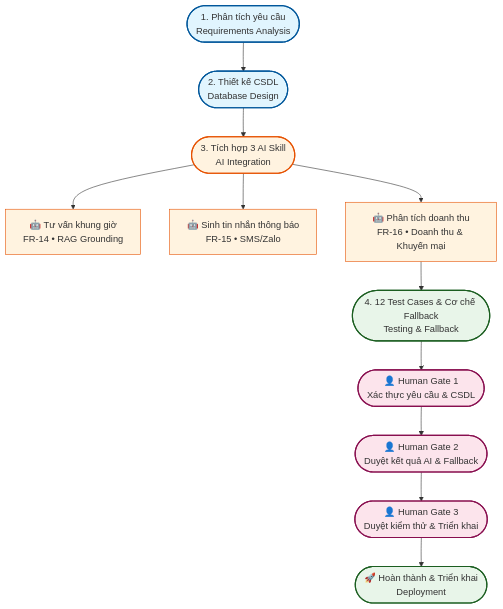
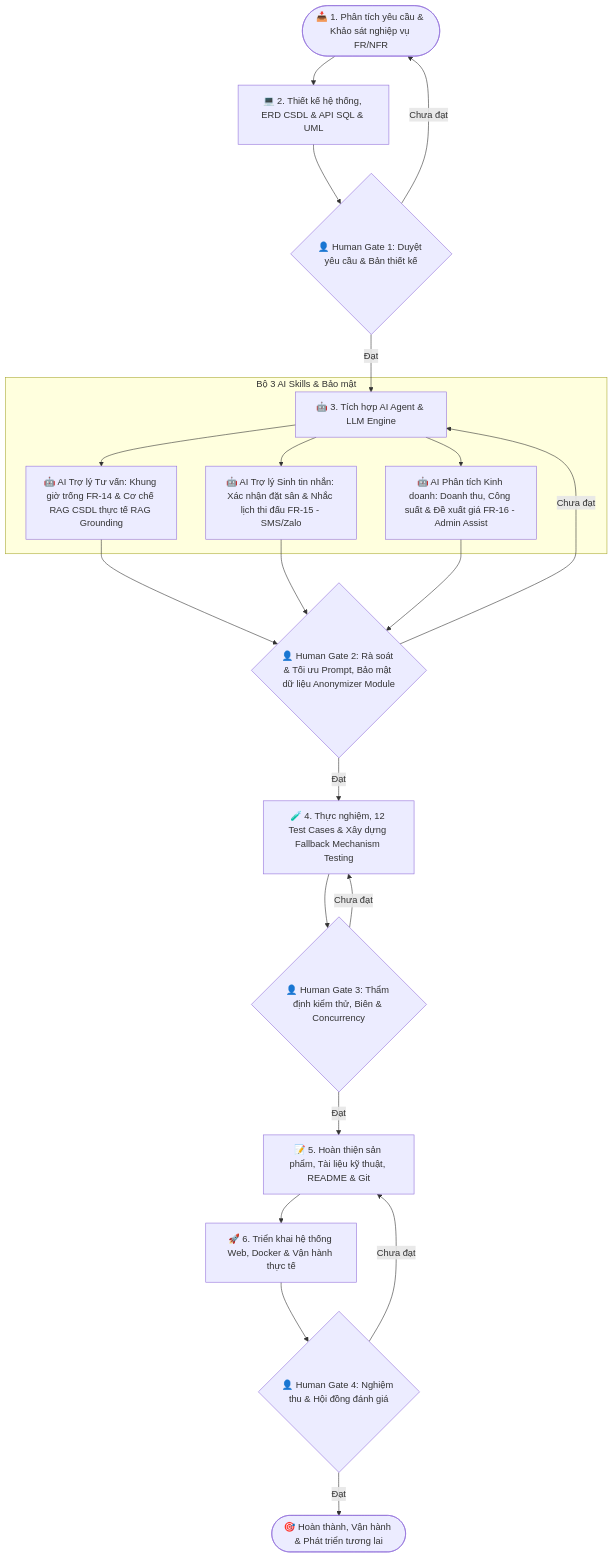
Before and after one commit to dtc245220014-design/Sports_Facility_Management: the diagram in README.md, drawn with Mermaid. The commit also changed other lines of this file, not shown here.

Commit message:
docs: Expand AI SDLC workflow Mermaid diagram with multiple Human Gates

````diff
--- a/README.md
+++ b/README.md
@@ -97,25 +95,32 @@
 ```mermaid
 flowchart TD
-    A([1. Phân tích yêu cầu<br/>Requirements Analysis]) --> B([2. Thiết kế CSDL<br/>Database Design])
-    B --> C([3. Tích hợp 3 AI Skill<br/>AI Integration])
-    C --> C1[🤖 Tư vấn khung giờ<br/>FR-14 • RAG Grounding]
-    C --> C2[🤖 Sinh tin nhắn thông báo<br/>FR-15 • SMS/Zalo]
-    C --> C3[🤖 Phân tích doanh thu<br/>FR-16 • Doanh thu & Khuyến mại]
-    C3 --> D([4. 12 Test Cases & Cơ chế Fallback<br/>Testing & Fallback])
-    D --> E([👤 Human Gate 1<br/>Xác thực yêu cầu & CSDL])
-    E --> F([👤 Human Gate 2<br/>Duyệt kết quả AI & Fallback])
-    F --> G([👤 Human Gate 3<br/>Duyệt kiểm thử & Triển khai])
-    G --> H([🚀 Hoàn thành & Triển khai<br/>Deployment])
+    A([📥 1. Phân tích yêu cầu & Khảo sát nghiệp vụ FR/NFR]) --> B[💻 2. Thiết kế hệ thống, ERD CSDL & API SQL & UML]
+    
+    B --> HG1{👤 Human Gate 1: Duyệt yêu cầu & Bản thiết kế}
+    
+    HG1 -- Đạt --> C[🤖 3. Tích hợp AI Agent & LLM Engine]
+    HG1 -- Chưa đạt --> A
+    
+    subgraph AI_Skills [Bộ 3 AI Skills & Bảo mật]
+        C --> D1[🤖 AI Trợ lý Tư vấn: Khung giờ trống FR-14 & Cơ chế RAG CSDL thực tế RAG Grounding]
+        C --> D2[🤖 AI Trợ lý Sinh tin nhắn: Xác nhận đặt sân & Nhắc lịch thi đấu FR-15 - SMS/Zalo]
+        C --> D3[🤖 AI Phân tích Kinh doanh: Doanh thu, Công suất & Đề xuất giá FR-16 - Admin Assist]
+    end
 
-    style A fill:#e1f5fe,stroke:#01579b,stroke-width:2px
-    style B fill:#e1f5fe,stroke:#01579b,stroke-width:2px
-    style C fill:#fff3e0,stroke:#e65100,stroke-width:2px
-    style C1 fill:#fff3e0,stroke:#e65100,stroke-width:1px
-    style C2 fill:#fff3e0,stroke:#e65100,stroke-width:1px
-    style C3 fill:#fff3e0,stroke:#e65100,stroke-width:1px
-    style D fill:#e8f5e9,stroke:#1b5e20,stroke-width:2px
-    style E fill:#fce4ec,stroke:#880e4f,stroke-width:2px
-    style F fill:#fce4ec,stroke:#880e4f,stroke-width:2px
-    style G fill:#fce4ec,stroke:#880e4f,stroke-width:2px
-    style H fill:#e8f5e9,stroke:#1b5e20,stroke-width:2px
+    D1 & D2 & D3 --> HG2{👤 Human Gate 2: Rà soát & Tối ưu Prompt, Bảo mật dữ liệu Anonymizer Module}
+    
+    HG2 -- Đạt --> E[🧪 4. Thực nghiệm, 12 Test Cases & Xây dựng Fallback Mechanism Testing]
+    HG2 -- Chưa đạt --> C
+    
+    E --> HG3{👤 Human Gate 3: Thẩm định kiểm thử, Biên & Concurrency}
+    
+    HG3 -- Đạt --> F[📝 5. Hoàn thiện sản phẩm, Tài liệu kỹ thuật, README & Git]
+    HG3 -- Chưa đạt --> E
+    
+    F --> G[🚀 6. Triển khai hệ thống Web, Docker & Vận hành thực tế]
+    
+    G --> HG4{👤 Human Gate 4: Nghiệm thu & Hội đồng đánh giá}
+    
+    HG4 -- Đạt --> H([🎯 Hoàn thành, Vận hành & Phát triển tương lai])
+    HG4 -- Chưa đạt --> F
 ```
````
